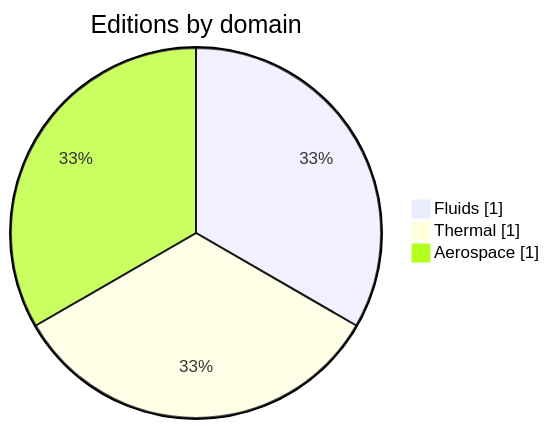
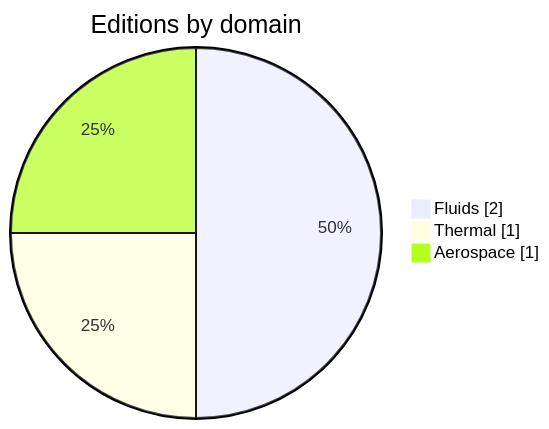
One commit to omax404/acta-problemata changed the second of 2 diagrams in README.md. Above: the diagram before and after it, drawn with Mermaid. The commit also changed other lines of this file and 7 other files, not shown here.

````diff
--- a/README.md
+++ b/README.md
@@ -155,6 +156,6 @@
 ```mermaid
 pie showData title Editions by domain
-  "Fluids" : 1
+  "Fluids" : 2
   "Thermal" : 1
   "Aerospace" : 1
 ```
````
